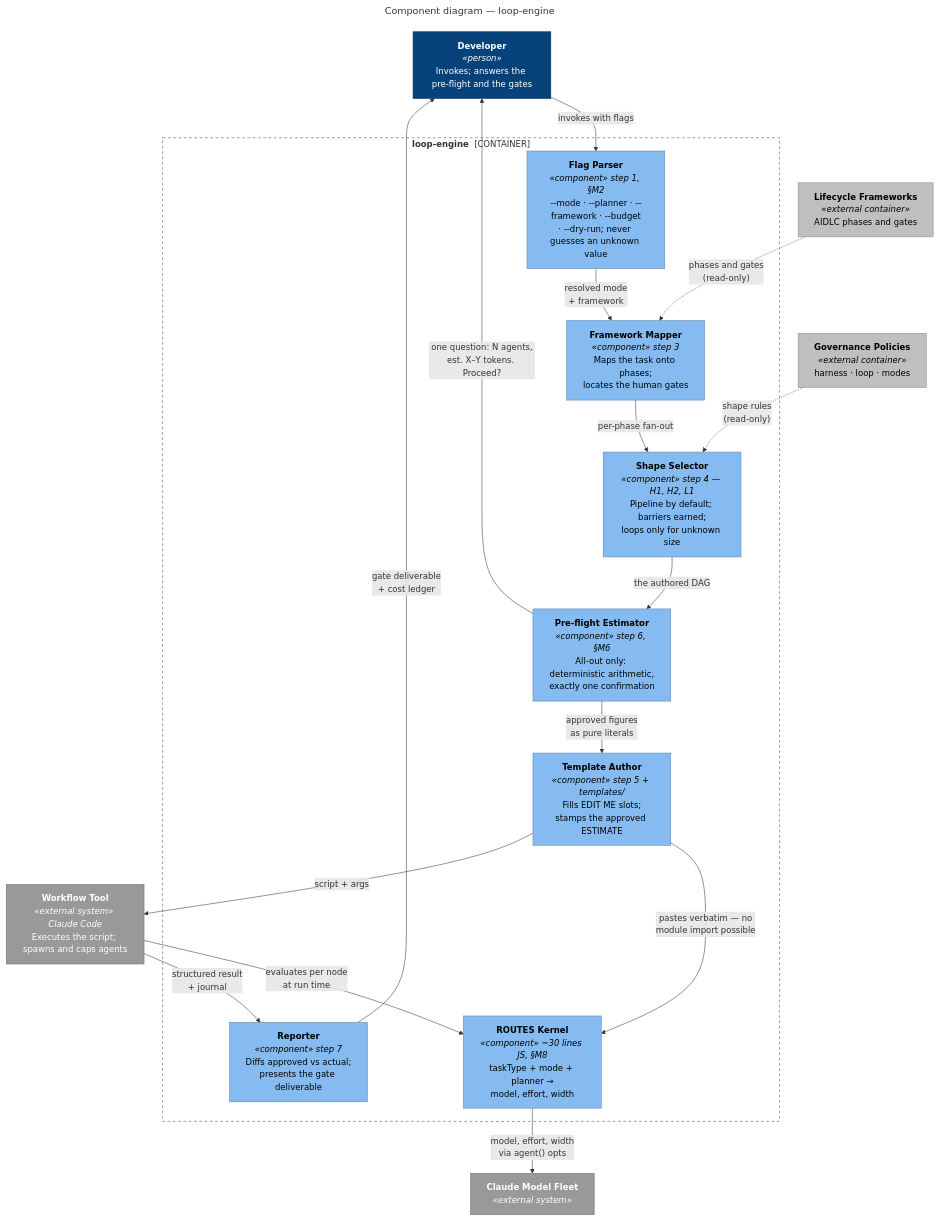
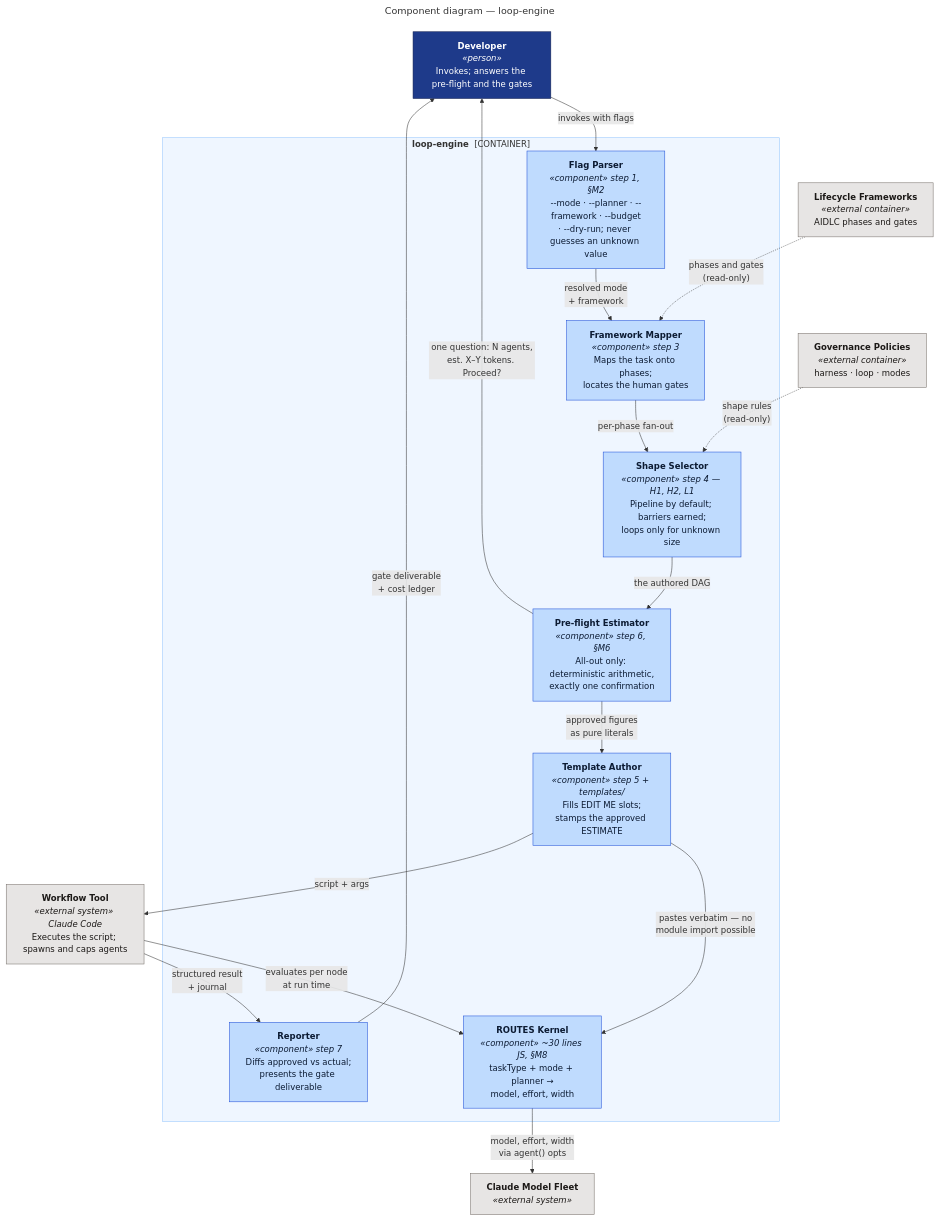
Before and after one commit to santapong/Proof: the diagram in docs/c4/diagrams/src/component-engine.mmd, drawn with Mermaid. The commit also changed 35 other files, not shown here.

First line of the commit message:
Diagrams: apply the family palette to all 18 sources

```diff
--- a/docs/c4/diagrams/src/component-engine.mmd
+++ b/docs/c4/diagrams/src/component-engine.mmd
@@ -1,45 +1,45 @@
 ---
 title: "Component diagram — loop-engine"
 ---
 flowchart TB
     dev["<b>Developer</b><br/><i>«person»</i><br/>Invokes; answers the pre-flight and the gates"]
 
     subgraph engine["<b>loop-engine</b> &nbsp;[CONTAINER]"]
         parser["<b>Flag Parser</b><br/><i>«component» step 1, §M2</i><br/>--mode · --planner · --framework · --budget<br/>· --dry-run; never guesses an unknown value"]
         mapper["<b>Framework Mapper</b><br/><i>«component» step 3</i><br/>Maps the task onto phases;<br/>locates the human gates"]
         shaper["<b>Shape Selector</b><br/><i>«component» step 4 — H1, H2, L1</i><br/>Pipeline by default; barriers earned;<br/>loops only for unknown size"]
         preflight["<b>Pre-flight Estimator</b><br/><i>«component» step 6, §M6</i><br/>All-out only: deterministic arithmetic,<br/>exactly one confirmation"]
         author["<b>Template Author</b><br/><i>«component» step 5 + templates/</i><br/>Fills EDIT ME slots;<br/>stamps the approved ESTIMATE"]
         routes["<b>ROUTES Kernel</b><br/><i>«component» ~30 lines JS, §M8</i><br/>taskType + mode + planner →<br/>model, effort, width"]
         reporter["<b>Reporter</b><br/><i>«component» step 7</i><br/>Diffs approved vs actual;<br/>presents the gate deliverable"]
     end
 
     policy["<b>Governance Policies</b><br/><i>«external container»</i><br/>harness · loop · modes"]
     frameworks["<b>Lifecycle Frameworks</b><br/><i>«external container»</i><br/>AIDLC phases and gates"]
     wf["<b>Workflow Tool</b><br/><i>«external system» Claude Code</i><br/>Executes the script; spawns and caps agents"]
     fleet["<b>Claude Model Fleet</b><br/><i>«external system»</i>"]
 
     dev -- "invokes with flags" --> parser
     parser -- "resolved mode<br/>+ framework" --> mapper
     frameworks -. "phases and gates<br/>(read-only)" .-> mapper
     mapper -- "per-phase fan-out" --> shaper
     policy -. "shape rules<br/>(read-only)" .-> shaper
     shaper -- "the authored DAG" --> preflight
     preflight -- "one question: N agents,<br/>est. X–Y tokens. Proceed?" --> dev
     preflight -- "approved figures<br/>as pure literals" --> author
     author -- "pastes verbatim — no<br/>module import possible" --> routes
     author -- "script + args" --> wf
     wf -- "evaluates per node<br/>at run time" --> routes
     routes -- "model, effort, width<br/>via agent() opts" --> fleet
     wf -- "structured result<br/>+ journal" --> reporter
     reporter -- "gate deliverable<br/>+ cost ledger" --> dev
 
-    classDef person fill:#08427B,stroke:#052E56,color:#fff
-    classDef component fill:#85BBF0,stroke:#5D82A8,color:#000
-    classDef ext fill:#999999,stroke:#6B6B6B,color:#fff
-    classDef extc fill:#BFBFBF,stroke:#8A8A8A,color:#000
+    classDef person fill:#1E3A8A,stroke:#172554,color:#fff
+    classDef component fill:#BFDBFE,stroke:#1D4ED8,color:#0C1B33
+    classDef ext fill:#E7E5E4,stroke:#78716C,color:#1C1917
+    classDef extc fill:#E7E5E4,stroke:#78716C,color:#1C1917
     class dev person
     class parser,mapper,shaper,preflight,author,routes,reporter component
     class wf,fleet ext
     class policy,frameworks extc
-    style engine fill:none,stroke:#444444,stroke-dasharray:5 5
+    style engine fill:#EFF6FF,stroke:#93C5FD
```
